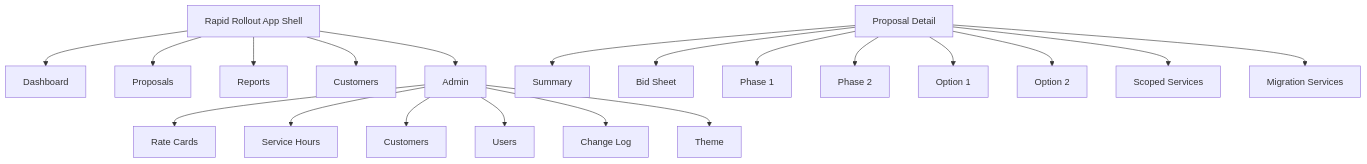
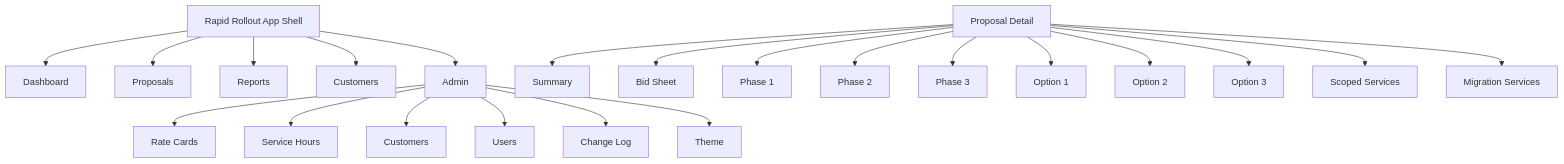
Before and after one commit to CHITwnZaddy/Rapid-Rollout: the sixth of 9 diagrams in docs/software-design-document.md, drawn with Mermaid. The commit also changed other lines of this file and 12 other files, not shown here.

````diff
--- a/docs/software-design-document.md
+++ b/docs/software-design-document.md
@@ -1076,32 +1079,34 @@
 ```mermaid
 flowchart TD
   App["Rapid Rollout App Shell"]
   Dashboard["Dashboard"]
   Proposals["Proposals"]
   Proposal["Proposal Detail"]
   Reports["Reports"]
   Customers["Customers"]
   Admin["Admin"]
 
   Proposal --> Summary["Summary"]
   Proposal --> BidSheet["Bid Sheet"]
   Proposal --> Phase1["Phase 1"]
   Proposal --> Phase2["Phase 2"]
+  Proposal --> Phase3["Phase 3"]
   Proposal --> Option1["Option 1"]
   Proposal --> Option2["Option 2"]
+  Proposal --> Option3["Option 3"]
   Proposal --> Scoped["Scoped Services"]
   Proposal --> Migration["Migration Services"]
 
   Admin --> RateCards["Rate Cards"]
   Admin --> ServiceHours["Service Hours"]
   Admin --> AdminCustomers["Customers"]
   Admin --> Users["Users"]
   Admin --> ChangeLog["Change Log"]
   Admin --> Theme["Theme"]
 
   App --> Dashboard
   App --> Proposals
   App --> Reports
   App --> Customers
   App --> Admin
 ```
````
